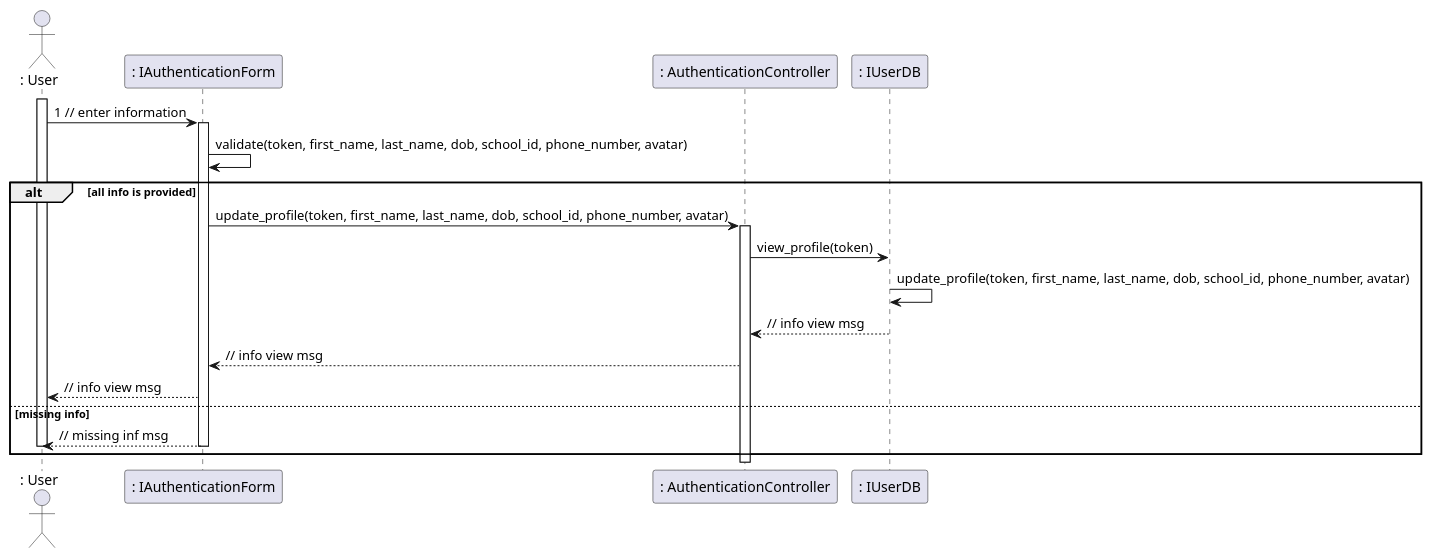
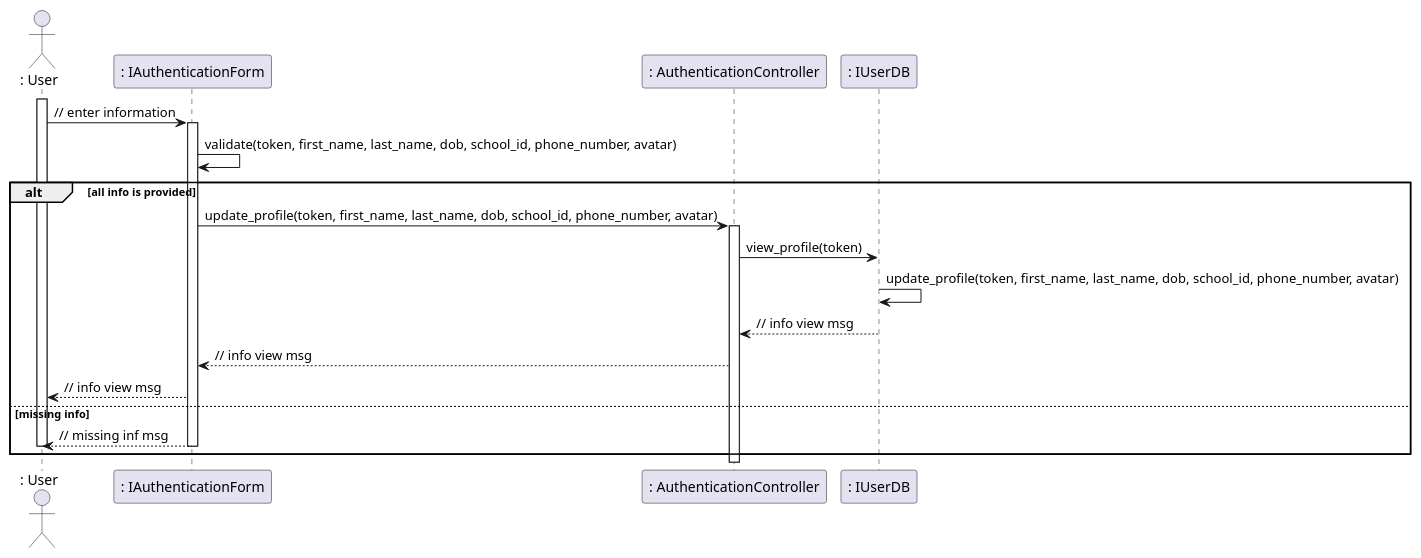
The diagram in sequence - design/authentication/updateMyProfile.plantuml (anonyhostvn/OOAD-Diagram), drawn with PlantUML before and after one commit. The commit also changed 10 other files, not shown here.

Commit message:
sua loi sequence diagram

```diff
--- a/sequence - design/authentication/updateMyProfile.plantuml
+++ b/sequence - design/authentication/updateMyProfile.plantuml
@@ -1,26 +1,26 @@
 @startuml
 actor ": User"
 
 activate ": User"
-": User" -> ": IAuthenticationForm" : 1 // enter information
+": User" -> ": IAuthenticationForm" :  // enter information
 activate ": IAuthenticationForm"
 ": IAuthenticationForm" -> ": IAuthenticationForm" : validate(token, first_name, last_name, dob, school_id, phone_number, avatar)
 
 alt all info is provided
 
 ": IAuthenticationForm" -> ": AuthenticationController" : update_profile(token, first_name, last_name, dob, school_id, phone_number, avatar)
 activate ": AuthenticationController"
 ": AuthenticationController" -> ": IUserDB" : view_profile(token)
 ": IUserDB" -> ": IUserDB" : update_profile(token, first_name, last_name, dob, school_id, phone_number, avatar)
 
 
 ": IUserDB" --> ": AuthenticationController" : // info view msg
 ": AuthenticationController" --> ": IAuthenticationForm" : // info view msg
 ": IAuthenticationForm"  --> ": User" : // info view msg
 else missing info
 
 ": IAuthenticationForm" --> ": User" : // missing inf msg
 deactivate ": IAuthenticationForm"
 deactivate ": User"
 end
 @enduml
```
